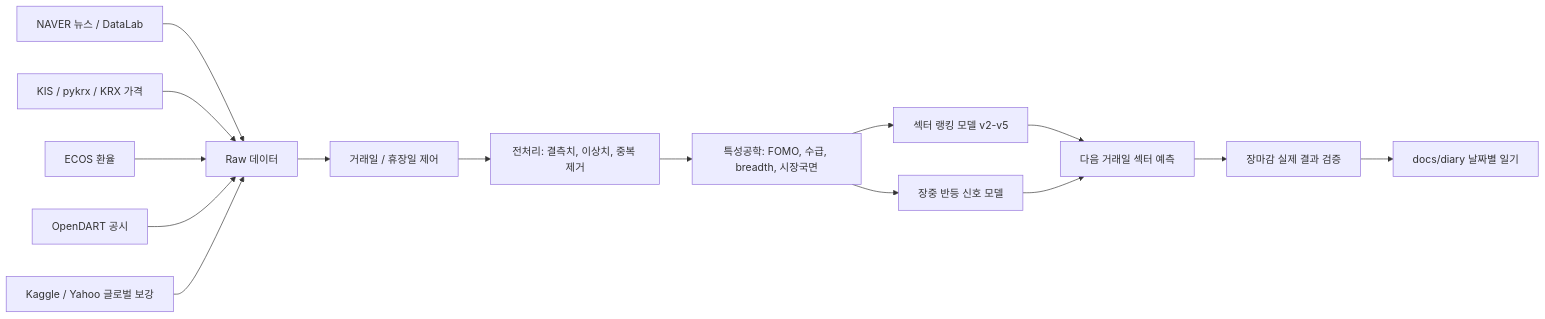
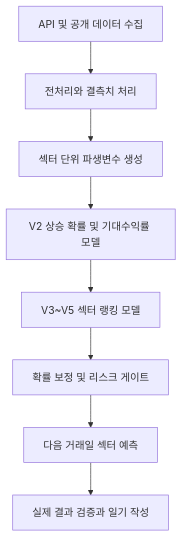
Before and after one commit to HCG0313/part-prediction: the diagram in README.md, drawn with Mermaid. The commit also changed other lines of this file, not shown here.

Commit message:
Update README diary links

````diff
--- a/README.md
+++ b/README.md
@@ -31,18 +19,10 @@
 ```mermaid
-flowchart LR
-    A["NAVER 뉴스 / DataLab"] --> R["Raw 데이터"]
-    B["KIS / pykrx / KRX 가격"] --> R
-    C["ECOS 환율"] --> R
-    D["OpenDART 공시"] --> R
-    E["Kaggle / Yahoo 글로벌 보강"] --> R
-
-    R --> G["거래일 / 휴장일 제어"]
-    G --> P["전처리: 결측치, 이상치, 중복 제거"]
-    P --> F["특성공학: FOMO, 수급, breadth, 시장국면"]
-    F --> M["섹터 랭킹 모델 v2-v5"]
-    F --> I["장중 반등 신호 모델"]
-    M --> O["다음 거래일 섹터 예측"]
-    I --> O
-    O --> V["장마감 실제 결과 검증"]
-    V --> L["docs/diary 날짜별 일기"]
+flowchart TD
+    A["API 및 공개 데이터 수집"] --> B["전처리와 결측치 처리"]
+    B --> C["섹터 단위 파생변수 생성"]
+    C --> D["V2 상승 확률 및 기대수익률 모델"]
+    D --> E["V3~V5 섹터 랭킹 모델"]
+    E --> F["확률 보정 및 리스크 게이트"]
+    F --> G["다음 거래일 섹터 예측"]
+    G --> H["실제 결과 검증과 일기 작성"]
 ```
````
